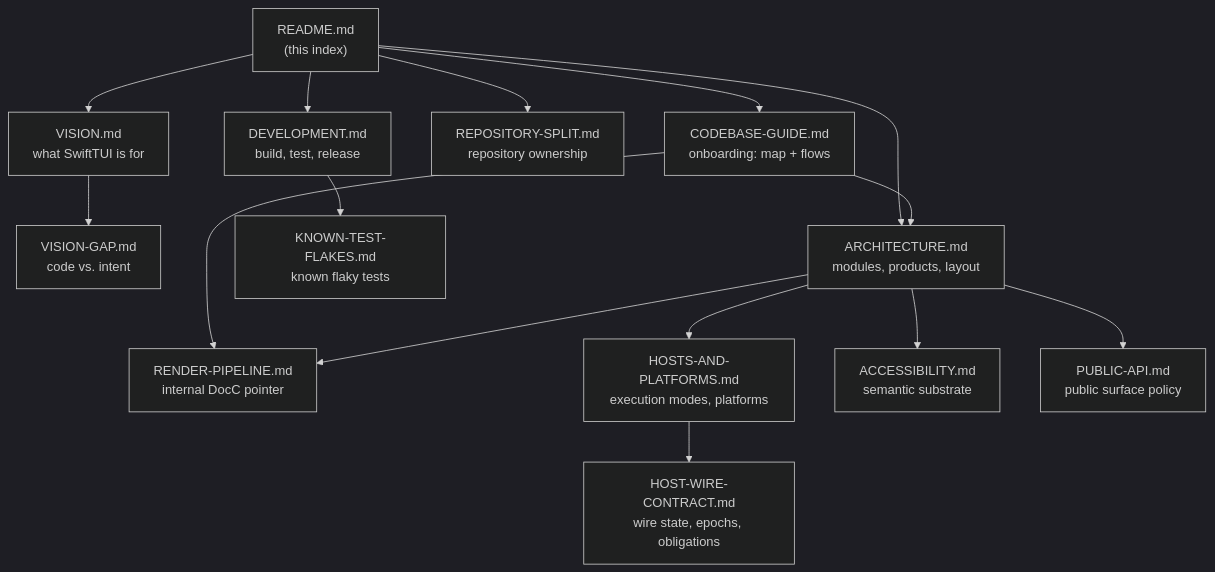
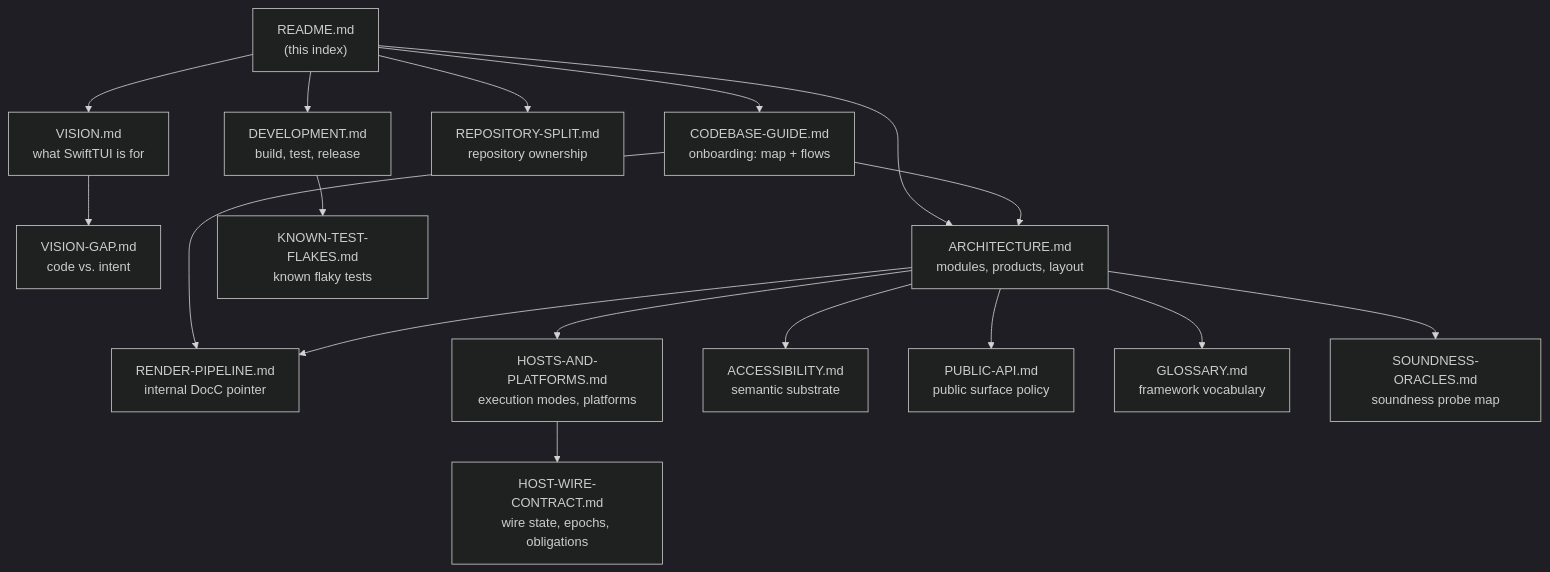
The diagram in docs/README.md (SwiftTUI/swift-tui), drawn with Mermaid (dark theme) before and after one commit. The commit also changed other lines of this file and 29 other files, not shown here.

````diff
--- a/docs/README.md
+++ b/docs/README.md
@@ -14,31 +14,35 @@
 ```mermaid
 flowchart TD
     README["README.md<br/>(this index)"]
     GUIDE["CODEBASE-GUIDE.md<br/>onboarding: map + flows"]
     VISION["VISION.md<br/>what SwiftTUI is for"]
     GAP["VISION-GAP.md<br/>code vs. intent"]
     ARCH["ARCHITECTURE.md<br/>modules, products, layout"]
     SPLIT["REPOSITORY-SPLIT.md<br/>repository ownership"]
     PIPE["RENDER-PIPELINE.md<br/>internal DocC pointer"]
     HOSTS["HOSTS-AND-PLATFORMS.md<br/>execution modes, platforms"]
     WIRE["HOST-WIRE-CONTRACT.md<br/>wire state, epochs, obligations"]
     A11Y["ACCESSIBILITY.md<br/>semantic substrate"]
     API["PUBLIC-API.md<br/>public surface policy"]
+    GLOSS["GLOSSARY.md<br/>framework vocabulary"]
+    ORACLES["SOUNDNESS-ORACLES.md<br/>soundness probe map"]
     DEV["DEVELOPMENT.md<br/>build, test, release"]
     FLAKES["KNOWN-TEST-FLAKES.md<br/>known flaky tests"]
 
     README --> GUIDE
     README --> VISION
     README --> ARCH
     GUIDE --> ARCH
     GUIDE --> PIPE
     README --> SPLIT
     README --> DEV
     VISION --> GAP
     ARCH --> PIPE
     ARCH --> HOSTS
     HOSTS --> WIRE
     ARCH --> A11Y
     ARCH --> API
+    ARCH --> GLOSS
+    ARCH --> ORACLES
     DEV --> FLAKES
 ```
````
